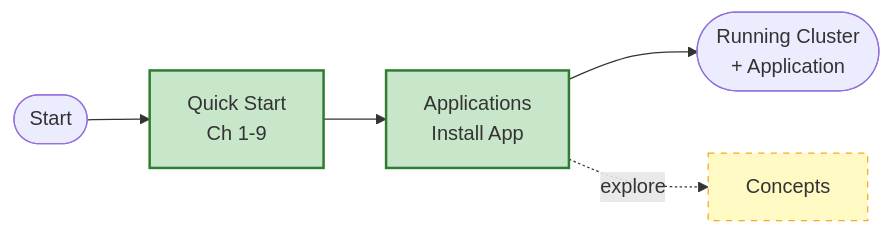
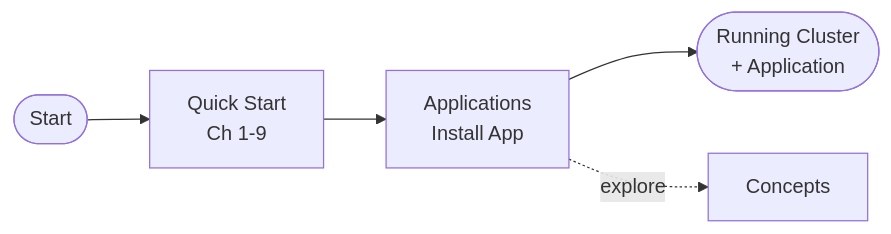
Before and after one commit to alison-holloway/alison-holloway.github.io: the third of 8 diagrams in _portfolio/ocne2_information_architecture.md, drawn with Mermaid. The commit also changed other lines of this file and 3 other files, not shown here.

First line of the commit message:
Add Mermaid diagram formatting system and apply new template styling

````diff
--- a/_portfolio/ocne2_information_architecture.md
+++ b/_portfolio/ocne2_information_architecture.md
@@ -162,13 +125,9 @@
 ```mermaid
-%%{init: {"theme": "default"}}%%
 flowchart LR
-    Start([Start]) --> QS["Quick Start<br/>Ch 1-9"]
-    QS --> APP["Applications<br/>Install App"]
-    APP --> Done([Running Cluster<br/>+ Application])
-    APP -.->|"explore"| CON["Concepts"]
-
-    classDef active fill:#C8E6C9,stroke:#2E7D32,stroke-width:2px
-    classDef optional fill:#FFF9C4,stroke:#F9A825,stroke-width:1px,stroke-dasharray:5 5
-    class QS,APP active
-    class CON optional
+  Start([Start]) --> QS["Quick Start<br/>Ch 1-9"]
+  QS --> APP["Applications<br/>Install App"]
+  APP --> Done([Running Cluster<br/>+ Application])
+  APP -.->|"explore"| CON["Concepts"]
+  classDef chapter fill:#fff,stroke:#F1D302,stroke-width:2px,color:#235789,font-size:16px,font-weight:bold;
+  classDef workflowNode fill:#fff,stroke:#C1292E,stroke-width:2px,color:#235789,font-size:16px,font-weight:bold;
 ```
````
